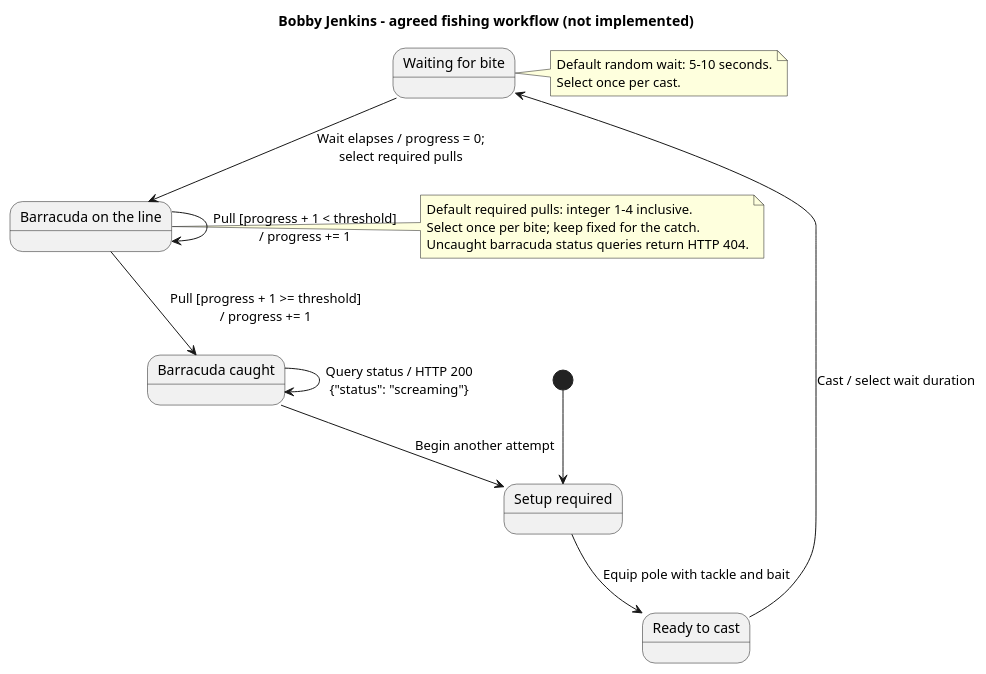
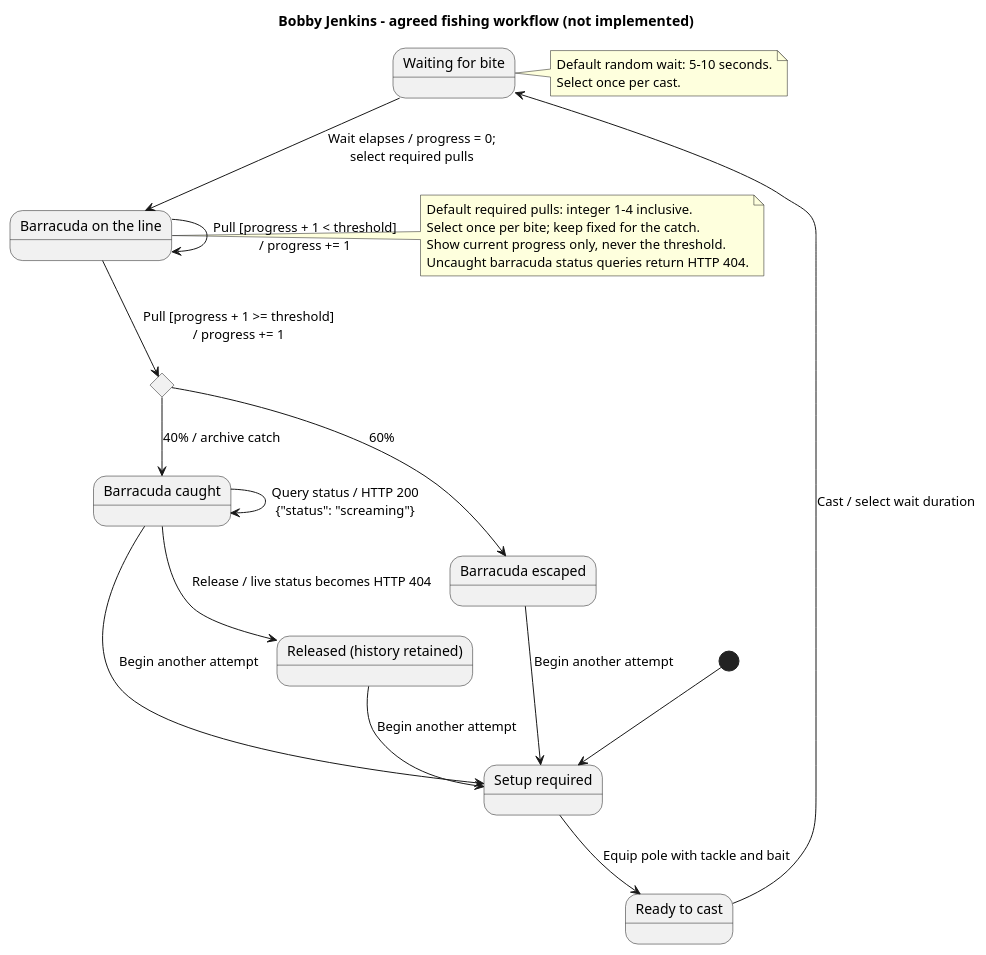
Before and after one commit to thecometcoders/bobby-jenkins: the diagram in docs/design/diagrams/fishing-workflow.puml, drawn with PlantUML. The commit also changed 4 other files, not shown here.

```diff
--- a/docs/design/diagrams/fishing-workflow.puml
+++ b/docs/design/diagrams/fishing-workflow.puml
@@ -1,29 +1,38 @@
 @startuml
 title Bobby Jenkins - agreed fishing workflow (not implemented)
 
 state "Setup required" as SetupRequired
 state "Ready to cast" as Ready
 state "Waiting for bite" as Waiting
 state "Barracuda on the line" as OnLine
 state "Barracuda caught" as Caught
+state "Barracuda escaped" as Escaped
+state "Released (history retained)" as Released
+state "Resolve once" as Resolve <<choice>>
 
 [*] --> SetupRequired
 SetupRequired --> Ready : Equip pole with tackle and bait
 Ready --> Waiting : Cast / select wait duration
 Waiting --> OnLine : Wait elapses / progress = 0;\nselect required pulls
 OnLine --> OnLine : Pull [progress + 1 < threshold]\n/ progress += 1
-OnLine --> Caught : Pull [progress + 1 >= threshold]\n/ progress += 1
+OnLine --> Resolve : Pull [progress + 1 >= threshold]\n/ progress += 1
+Resolve --> Caught : 40% / archive catch
+Resolve --> Escaped : 60%
 Caught --> Caught : Query status / HTTP 200\n{"status": "screaming"}
 Caught --> SetupRequired : Begin another attempt
+Escaped --> SetupRequired : Begin another attempt
+Caught --> Released : Release / live status becomes HTTP 404
+Released --> SetupRequired : Begin another attempt
 
 note right of Waiting
   Default random wait: 5-10 seconds.
   Select once per cast.
 end note
 
 note right of OnLine
   Default required pulls: integer 1-4 inclusive.
   Select once per bite; keep fixed for the catch.
+  Show current progress only, never the threshold.
   Uncaught barracuda status queries return HTTP 404.
 end note
 @enduml
```
